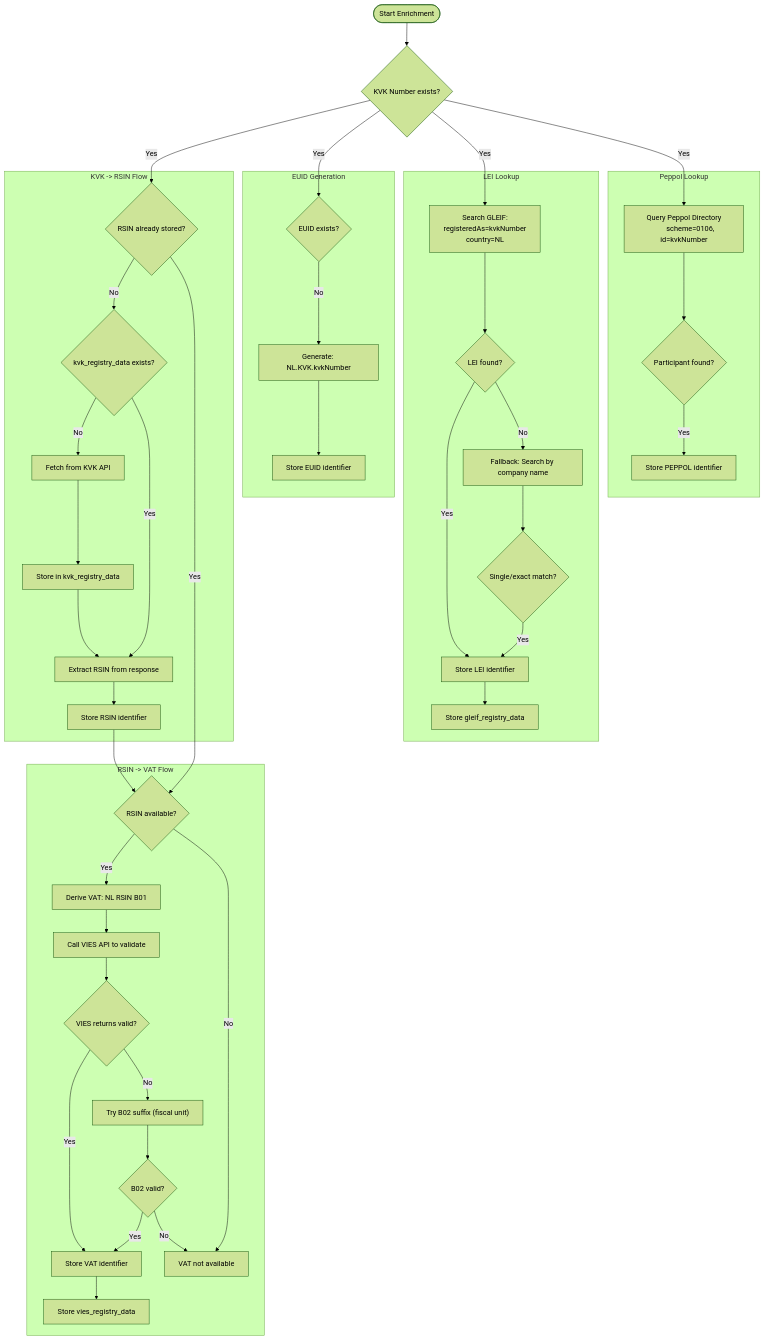
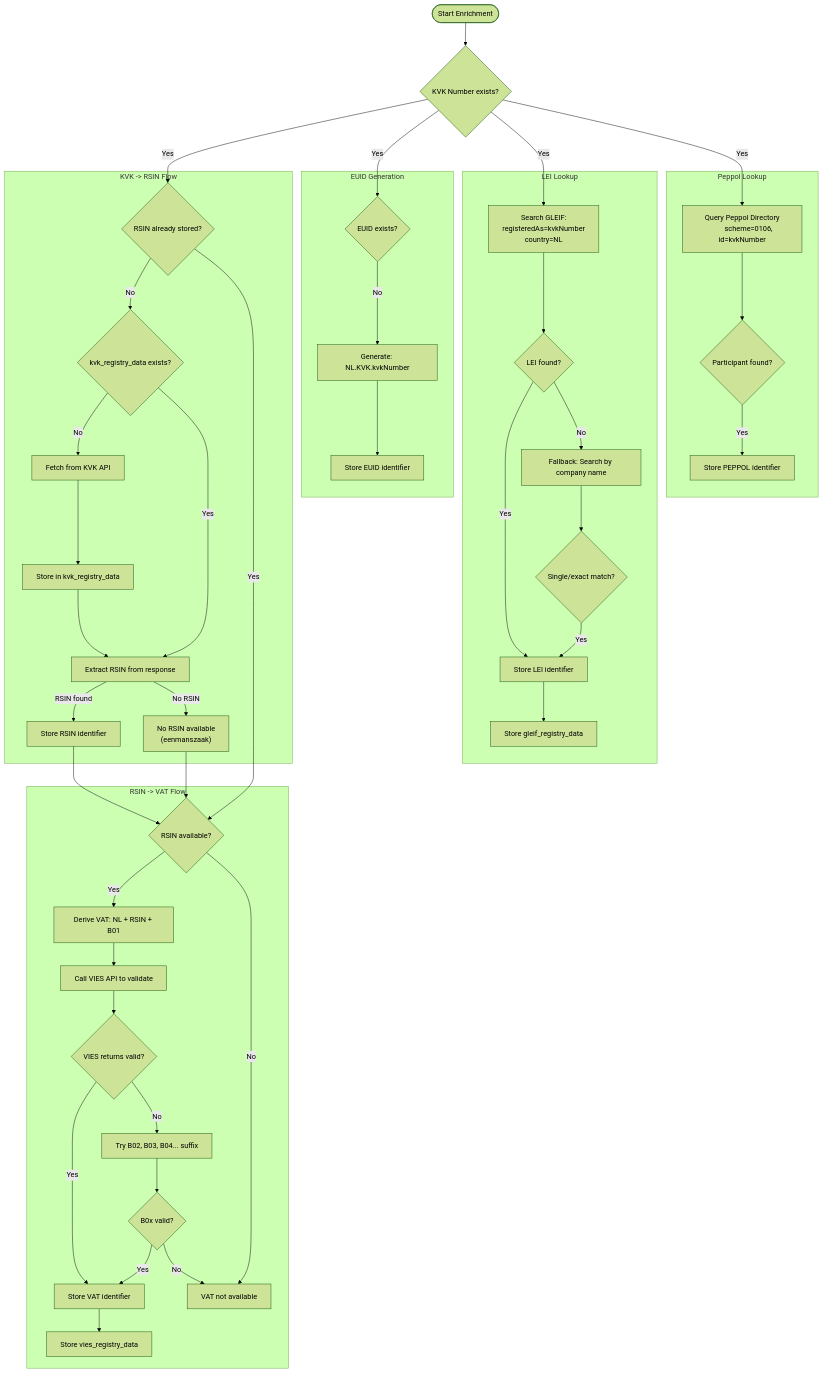
Before and after one commit to DeNoronha/ctn-asr-demo: the second of 7 diagrams in docs/ENRICHMENT_ARCHITECTURE.md, drawn with Mermaid (forest theme). The commit also changed other lines of this file, not shown here.

First line of the commit message:
docs: update ENRICHMENT_ARCHITECTURE based on review feedback

```diff
--- a/docs/ENRICHMENT_ARCHITECTURE.md
+++ b/docs/ENRICHMENT_ARCHITECTURE.md
@@ -163,15 +161,17 @@
         EXTRACT_RSIN[Extract RSIN from response]
         STORE_KVK[Store in kvk_registry_data]
         STORE_RSIN[Store RSIN identifier]
+        NO_RSIN_EENMANSZAAK["No RSIN available
+        (eenmanszaak)"]
     end
 
     subgraph VAT_Flow["RSIN -> VAT Flow"]
         HAS_RSIN{RSIN available?}
-        DERIVE_VAT["Derive VAT: NL RSIN B01"]
+        DERIVE_VAT["Derive VAT: NL + RSIN + B01"]
         CALL_VIES[Call VIES API to validate]
         VIES_VALID{VIES returns valid?}
-        TRY_B02["Try B02 suffix (fiscal unit)"]
-        VIES_B02_VALID{B02 valid?}
+        TRY_B0x["Try B02, B03, B04... suffix"]
+        VIES_B0x_VALID{B0x valid?}
         STORE_VAT[Store VAT identifier]
         STORE_VIES[Store vies_registry_data]
         VAT_NOT_AVAILABLE[VAT not available]
@@ -208,19 +208,21 @@
     CHECK_KVK_REGISTRY -->|Yes| EXTRACT_RSIN
     FETCH_KVK --> STORE_KVK
     STORE_KVK --> EXTRACT_RSIN
-    EXTRACT_RSIN --> STORE_RSIN
+    EXTRACT_RSIN -->|RSIN found| STORE_RSIN
+    EXTRACT_RSIN -->|No RSIN| NO_RSIN_EENMANSZAAK
     CHECK_RSIN -->|Yes| HAS_RSIN
 
     STORE_RSIN --> HAS_RSIN
+    NO_RSIN_EENMANSZAAK --> HAS_RSIN
     HAS_RSIN -->|Yes| DERIVE_VAT
     HAS_RSIN -->|No| VAT_NOT_AVAILABLE
     DERIVE_VAT --> CALL_VIES
     CALL_VIES --> VIES_VALID
     VIES_VALID -->|Yes| STORE_VAT
-    VIES_VALID -->|No| TRY_B02
-    TRY_B02 --> VIES_B02_VALID
-    VIES_B02_VALID -->|Yes| STORE_VAT
-    VIES_B02_VALID -->|No| VAT_NOT_AVAILABLE
+    VIES_VALID -->|No| TRY_B0x
+    TRY_B0x --> VIES_B0x_VALID
+    VIES_B0x_VALID -->|Yes| STORE_VAT
+    VIES_B0x_VALID -->|No| VAT_NOT_AVAILABLE
     STORE_VAT --> STORE_VIES
 
     CHECK_KVK -->|Yes| CHECK_EUID
```
